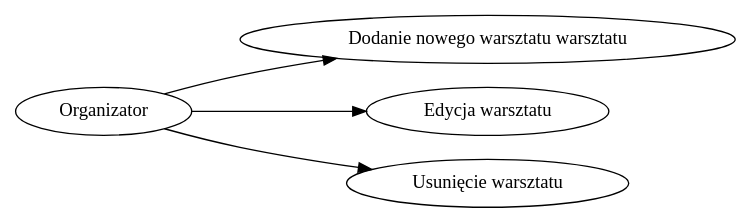
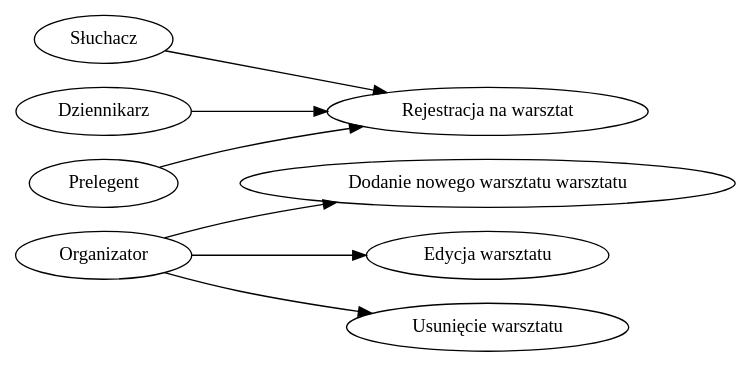
One commit to zyla/iop_konferencja changed the diagram in przypadki.dot. Above: the diagram before and after it, drawn with Graphviz. The commit also changed 4 other files, not shown here.

```diff
--- a/przypadki.dot
+++ b/przypadki.dot
@@ -1,4 +1,7 @@
 digraph { rankdir=LR; "Organizator" -> "Dodanie nowego warsztatu warsztatu"
 "Organizator" -> "Edycja warsztatu"
 "Organizator" -> "Usunięcie warsztatu"
+"Słuchacz" -> "Rejestracja na warsztat"
+"Dziennikarz" -> "Rejestracja na warsztat"
+"Prelegent" -> "Rejestracja na warsztat"
  }
```
